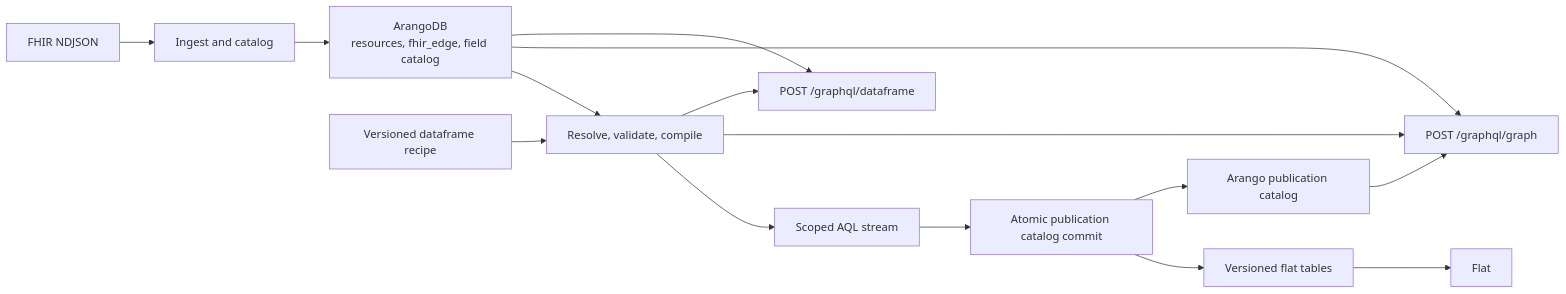
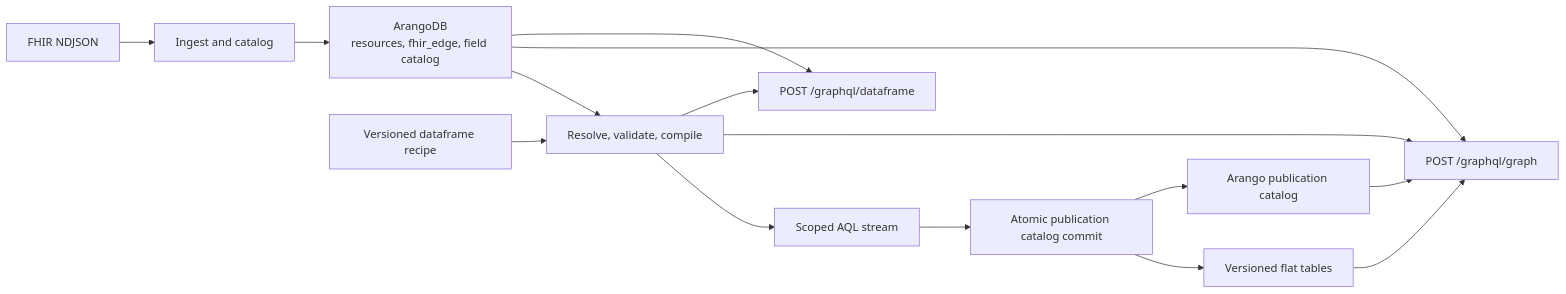
The diagram in README.md (calypr/loom), drawn with Mermaid before and after one commit. The commit also changed other lines of this file and 66 other files, not shown here.

````diff
--- a/README.md
+++ b/README.md
@@ -17,17 +17,17 @@
 ```mermaid
 flowchart LR
     NDJSON["FHIR NDJSON"] --> Ingest["Ingest and catalog"]
     Ingest --> Arango["ArangoDB\nresources, fhir_edge, field catalog"]
     Recipe["Versioned dataframe recipe"] --> Compile["Resolve, validate, compile"]
     Arango --> Compile
     Compile --> AQL["Scoped AQL stream"]
     AQL --> Publish["Atomic publication catalog commit"]
     Publish --> ClickHouse["Versioned flat tables"]
     Publish --> Catalog["Arango publication catalog"]
     Catalog["Arango publication catalog"] --> Graph["POST /graphql/graph"]
-    ClickHouse --> Flat
+    ClickHouse --> Graph
     Arango --> Graph["POST /graphql/graph"]
     Arango --> Dataframe["POST /graphql/dataframe"]
     Compile --> Graph
     Compile --> Dataframe
 ```
````
